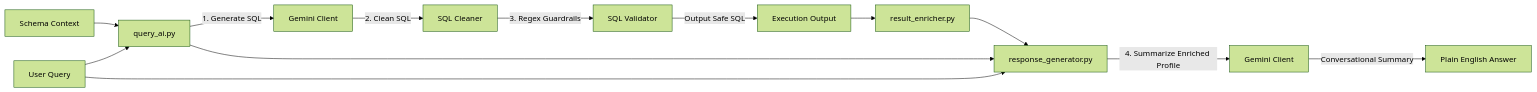
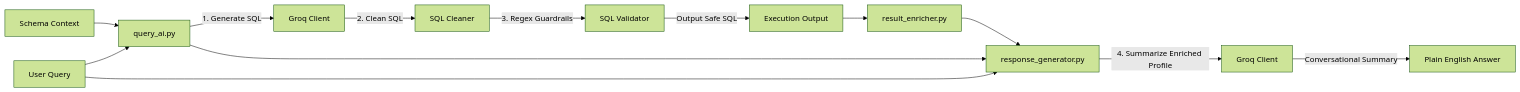
One commit to nakul-cloud/ai-sql-assistant changed the diagram in llm/README.md. Above: the diagram before and after it, drawn with Mermaid (forest theme). The commit also changed other lines of this file and 4 other files, not shown here.

````diff
--- a/llm/README.md
+++ b/llm/README.md
@@ -9,13 +9,13 @@
 ```mermaid
 flowchart LR
     SchemaCtx[Schema Context] & UserQ[User Query] --> SQLGen[query_ai.py]
-    SQLGen -->|1. Generate SQL| GeminiG[Gemini Client]
-    GeminiG -->|2. Clean SQL| Cleaner[SQL Cleaner]
+    SQLGen -->|1. Generate SQL| GroqG[Groq Client]
+    GroqG -->|2. Clean SQL| Cleaner[SQL Cleaner]
     Cleaner -->|3. Regex Guardrails| Validator[SQL Validator]
     Validator -->|Output Safe SQL| Exec[Execution Output]
     
     Exec --> Enricher[result_enricher.py]
     Enricher & UserQ & SQLGen --> NLGen[response_generator.py]
-    NLGen -->|4. Summarize Enriched Profile| GeminiR[Gemini Client]
-    GeminiR -->|Conversational Summary| FinalAns[Plain English Answer]
+    NLGen -->|4. Summarize Enriched Profile| GroqR[Groq Client]
+    GroqR -->|Conversational Summary| FinalAns[Plain English Answer]
 ```
````
